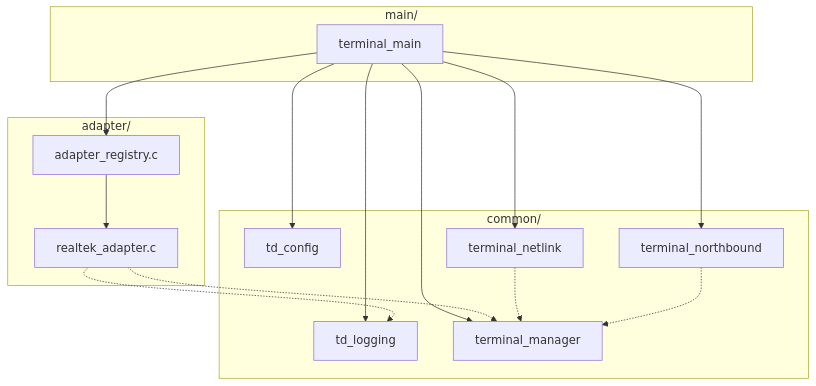
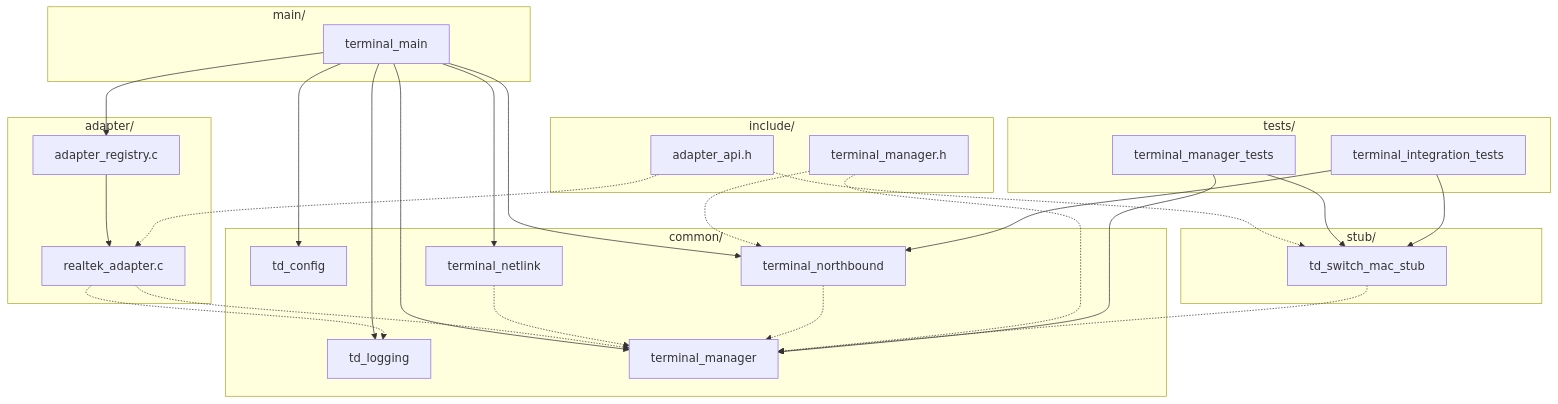
One commit to adinxu/Demo changed the first of 9 diagrams in C++/Windows/CodeBlocks/TerminalDiscovery/doc/design/src_overview.md. Above: the diagram before and after it, drawn with Mermaid. The commit also changed other lines of this file and 1 other file, not shown here.

````diff
--- a/C++/Windows/CodeBlocks/TerminalDiscovery/doc/design/src_overview.md
+++ b/C++/Windows/CodeBlocks/TerminalDiscovery/doc/design/src_overview.md
@@ -24,31 +46,54 @@
 ```mermaid
 flowchart TD
     subgraph Adapter["adapter/"]
         RA["realtek_adapter.c"]
         REG["adapter_registry.c"]
     end
 
     subgraph Common["common/"]
         LOG["td_logging"]
         CFG["td_config"]
         TM["terminal_manager"]
         NL["terminal_netlink"]
         NB["terminal_northbound"]
     end
+
+  subgraph Include["include/"]
+    API["adapter_api.h"]
+    TMH["terminal_manager.h"]
+  end
+
+  subgraph Stub["stub/"]
+    MACStub["td_switch_mac_stub"]
+  end
+
+  subgraph Tests["tests/"]
+    TmUT["terminal_manager_tests"]
+    TiIT["terminal_integration_tests"]
+  end
 
     subgraph Main["main/"]
         ENTRY["terminal_main"]
     end
 
     REG --> RA
     ENTRY --> CFG
     ENTRY --> LOG
     ENTRY --> REG
     ENTRY --> TM
     ENTRY --> NL
     ENTRY --> NB
     RA -.-> LOG
     RA -.-> TM
     NL -.-> TM
     NB -.-> TM
+  API -.-> RA
+  API -.-> MACStub
+  TMH -.-> TM
+  TMH -.-> NB
+  MACStub -.-> TM
+  TmUT --> TM
+  TmUT --> MACStub
+  TiIT --> NB
+  TiIT --> MACStub
 ```
````
